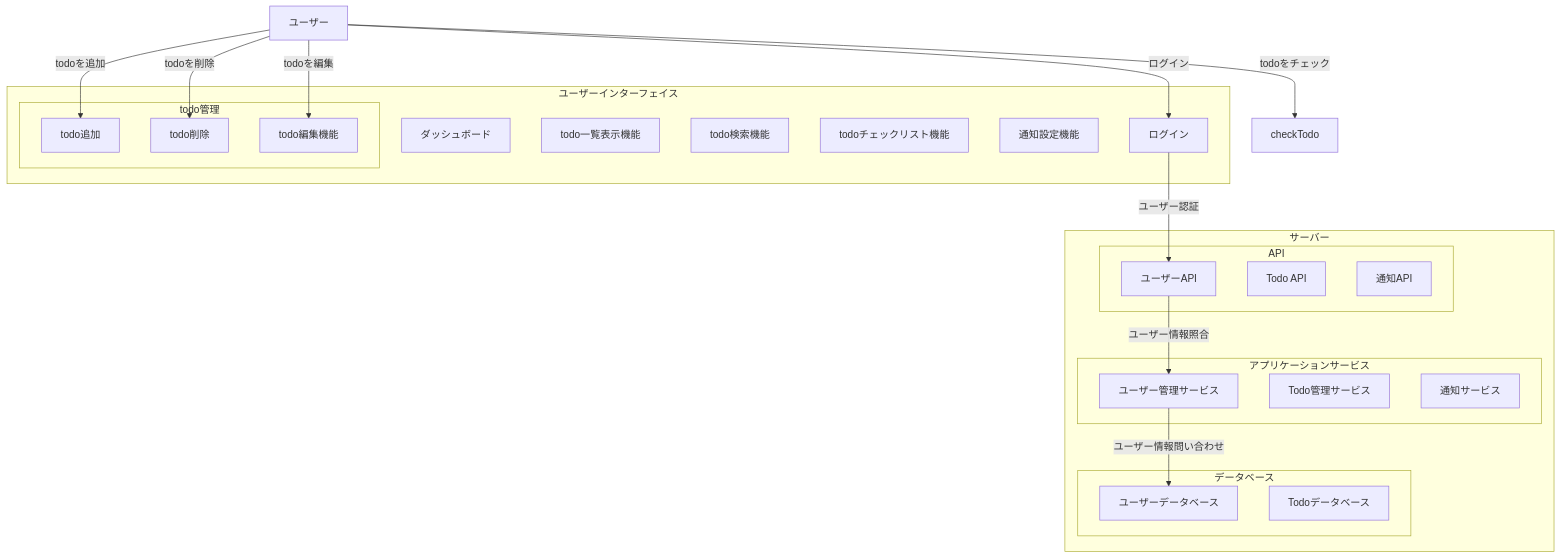
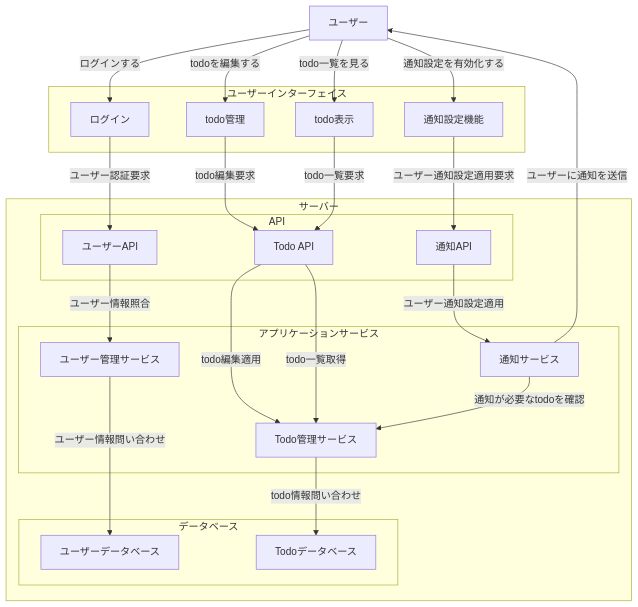
The diagram in src/要件定義.md (tam1192/MyTodoAppsDocs), drawn with Mermaid before and after one commit. The commit also changed other lines of this file, not shown here.

Commit message:
システム構成図をユーザーからUI、API、サービス、DBまで書いた

````diff
--- a/src/要件定義.md
+++ b/src/要件定義.md
@@ -40,47 +40,52 @@
 ```mermaid
 flowchart TD
    %% 機能定義
    user["ユーザー"]
    subgraph ui["ユーザーインターフェイス"]
       login["ログイン"]
-      dashboard["ダッシュボード"]
-      subgraph managementTodo["todo管理"]
-         addTodo["todo追加"]
-         deleteTodo["todo削除"]
-         editTodo["todo編集機能"]
-      end
-      listTodo["todo一覧表示機能"]
-      searchTodo["todo検索機能"]
-      todoCheckList["todoチェックリスト機能"]
+      managementTodo["todo管理"]
+      listTodo["todo表示"]
       setNotification["通知設定機能"]
    end
    subgraph server["サーバー"]
       subgraph api["API"]
          userApi["ユーザーAPI"]
          todoApi["Todo API"]
          notificationApi["通知API"]
       end
       subgraph aps["アプリケーションサービス"]
          userManagementService["ユーザー管理サービス"]
          todoManagementService["Todo管理サービス"]
          notificationManagementService["通知サービス"]
       end
       subgraph db["データベース"]
          userDb["ユーザーデータベース"]
          todoDb["Todoデータベース"]
       end
    end
 
    %% ログインシステムの関係
-   user -->|ログイン| login
-   login -->|ユーザー認証| userApi
+   user -->|ログインする| login
+   login -->|ユーザー認証要求| userApi
    userApi --> |ユーザー情報照合| userManagementService
    userManagementService --> |ユーザー情報問い合わせ| userDb
 
    %% Todo機能の関係
-   user --> |todoを追加| addTodo
-   user --> |todoを削除| deleteTodo
-   user --> |todoをチェック| checkTodo
-   user --> |todoを編集| editTodo
+   user --> |todoを編集する| managementTodo
+   user --> |todo一覧を見る| listTodo
 
+   managementTodo --> |todo編集要求| todoApi
+   listTodo --> |todo一覧要求| todoApi
+
+   todoApi --> |todo編集適用| todoManagementService
+   todoApi --> |todo一覧取得| todoManagementService
+
+   todoManagementService --> |todo情報問い合わせ| todoDb
+
+   %% 通知機能の関係
+   user --> |通知設定を有効化する| setNotification
+   setNotification --> |ユーザー通知設定適用要求| notificationApi
+   notificationApi --> |ユーザー通知設定適用| notificationManagementService
+   notificationManagementService --> |通知が必要なtodoを確認| todoManagementService
+   notificationManagementService --> |ユーザーに通知を送信| user
 ```
````
